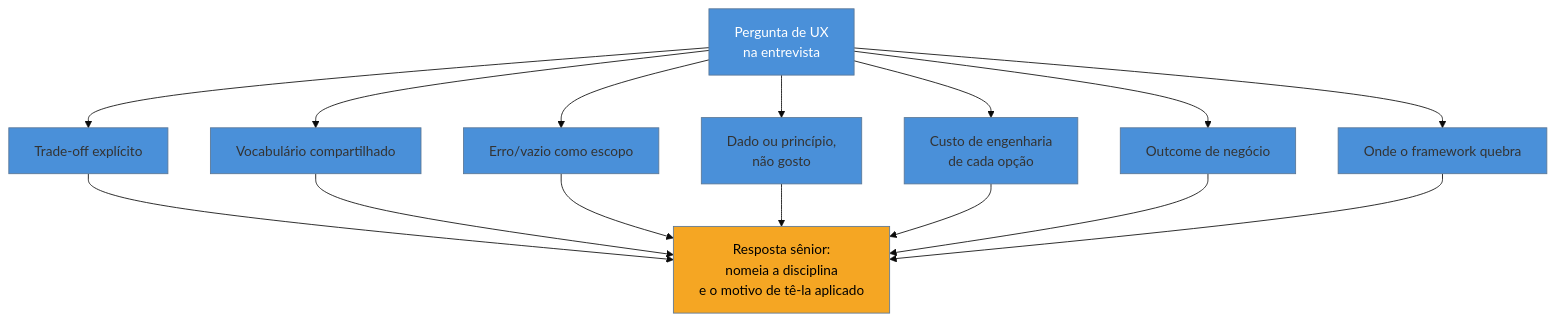
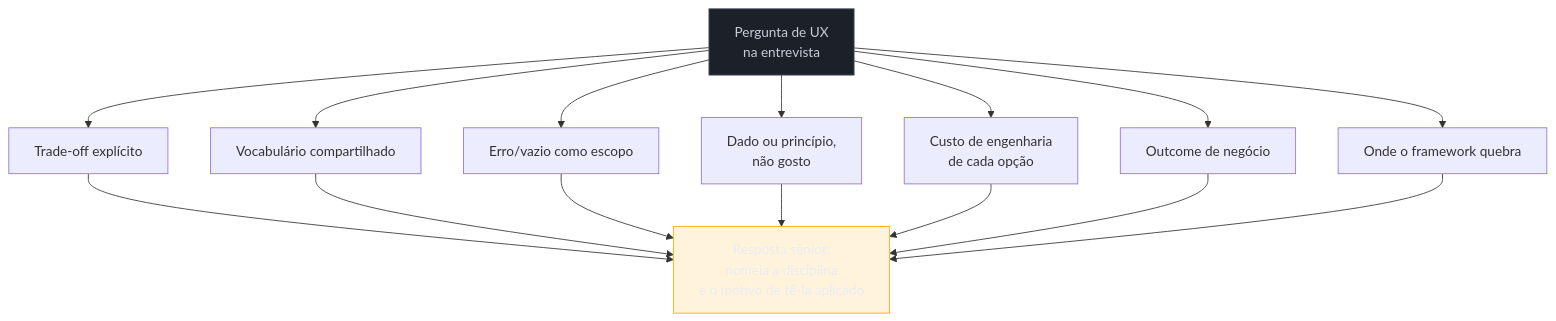
The diagram in 03-Dominios/Engenharia/UX/Ética e Ofício/48 - UX em entrevista sênior e staff.md (josenaldo/codex-technomanticus), drawn with Mermaid before and after one commit. The commit also changed 1181 other files, not shown here.

First line of the commit message:
fix(diagramas): paleta do sistema no lugar de cor cravada no markdown

````diff
--- a/03-Dominios/Engenharia/UX/Ética e Ofício/48 - UX em entrevista sênior e staff.md
+++ b/03-Dominios/Engenharia/UX/Ética e Ofício/48 - UX em entrevista sênior e staff.md
@@ -35,20 +35,21 @@
 ```mermaid
-%%{init: {"theme": "base", "themeVariables": {"primaryColor": "#4A90D9"}}}%%
 flowchart TD
+    classDef neutro fill:#1B2029,stroke:#4E5666,color:#C6CCD8
+    classDef destaque fill:#FFAA0024,stroke:#FFAA00,color:#E9ECF2
     Q["Pergunta de UX<br/>na entrevista"] --> A["Trade-off explícito"]
     Q --> B["Vocabulário compartilhado"]
     Q --> C["Erro/vazio como escopo"]
     Q --> D["Dado ou princípio,<br/>não gosto"]
     Q --> E["Custo de engenharia<br/>de cada opção"]
     Q --> F["Outcome de negócio"]
     Q --> G["Onde o framework quebra"]
     A --> R["Resposta sênior:<br/>nomeia a disciplina<br/>e o motivo de tê-la aplicado"]
     B --> R
     C --> R
     D --> R
     E --> R
     F --> R
     G --> R
-    style Q fill:#4A90D9,color:#fff
-    style R fill:#F5A623,color:#000
+    class Q neutro
+    class R destaque
 ```
````
